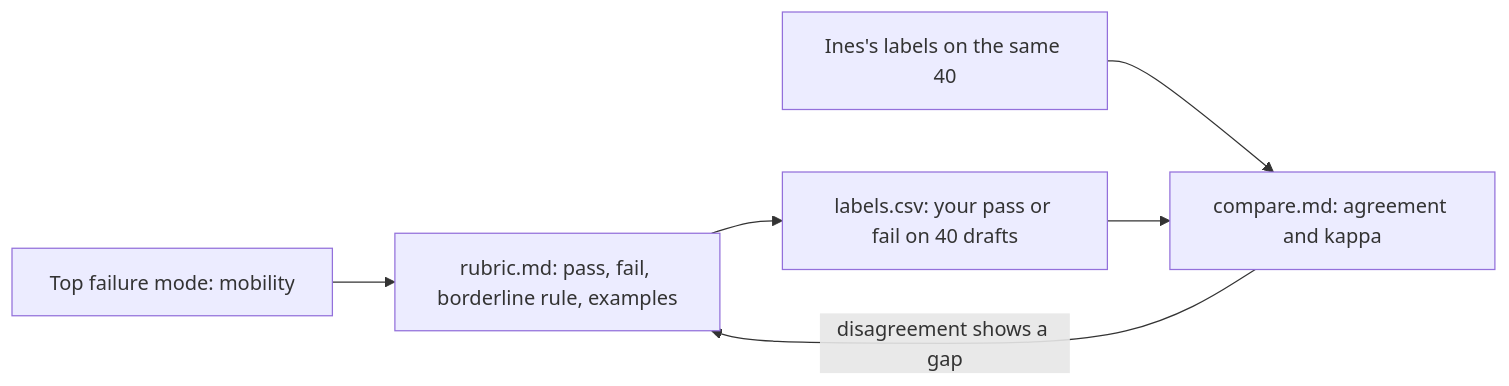
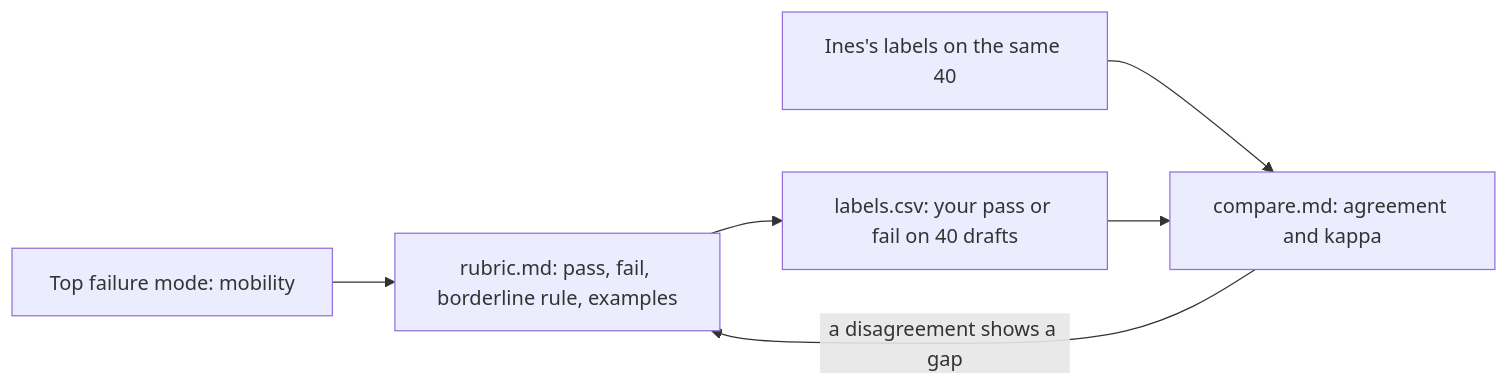
One commit to learnwithparam/ai-evals-for-pms changed the diagram in parts/02-define-good/README.md. Above: the diagram before and after it, drawn with Mermaid. The commit also changed other lines of this file and 53 other files, not shown here.

````diff
--- a/parts/02-define-good/README.md
+++ b/parts/02-define-good/README.md
@@ -13,8 +28,8 @@
 ```mermaid
 flowchart LR
   M[Top failure mode: mobility] --> R[rubric.md: pass, fail, borderline rule, examples]
   R --> L[labels.csv: your pass or fail on 40 drafts]
   E[Ines's labels on the same 40] --> C[compare.md: agreement and kappa]
   L --> C
-  C -->|disagreement shows a gap| R
+  C -->|a disagreement shows a gap| R
 ```
````
